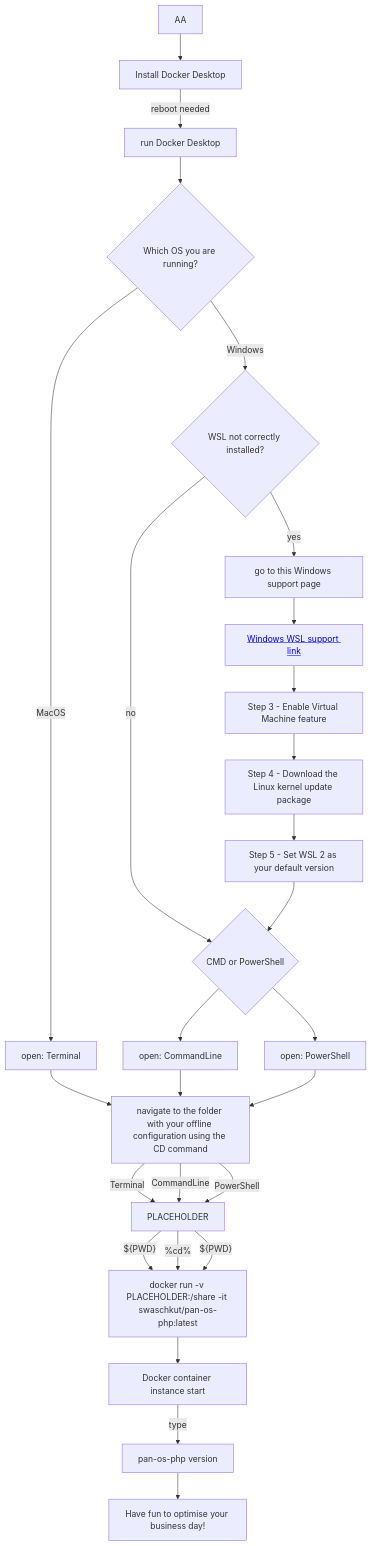
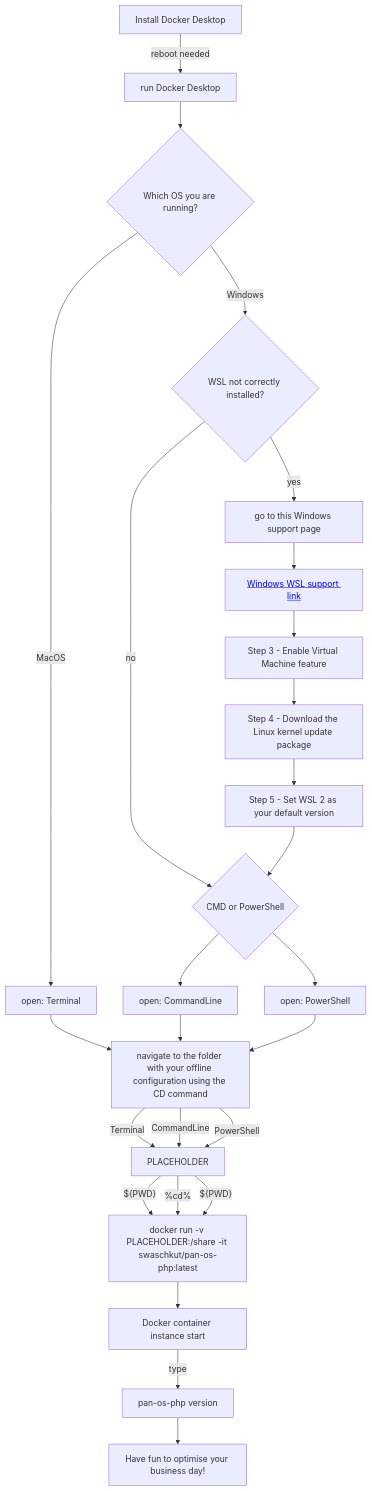
The diagram in READMEdocker.md (PaloAltoNetworks/pan-os-php), drawn with Mermaid before and after one commit.

````diff
--- a/READMEdocker.md
+++ b/READMEdocker.md
@@ -4,58 +4,58 @@
 ```mermaid
 graph TD
     
-    AA --> BB[Install Docker Desktop]
-    BB -->|reboot needed| CC[run Docker Desktop]
+    
+    BB[Install Docker Desktop] -->|reboot needed| CC[run Docker Desktop]
     CC --> CC1[which OS]
     
     CC1{Which OS you are running?} -->|MacOS| B1[open: Terminal]
     CC1{Which OS you are running?} -->|Windows| C1[check Docker]
     
     
     B1 --> Z[navigate to the folder with your offline configuration using the CD command]
     
     Z -->|Terminal| Z1[PLACEHOLDER]
     Z1 -->|"${PWD}"| K1[docker run -v PLACEHOLDER:/share -it swaschkut/pan-os-php:latest]
     
     
    
     
     
  
     
     C1{WSL not correctly installed?} -->|no| C8[continue]
     C1{WSL not correctly installed?} -->|yes| C3[go to this Windows support page]
     
    
     
     C3 --> C4[<a href='https://docs.microsoft.com/en-gb/windows/wsl/install-manual'>Windows WSL support link</a>]
     
     C4 --> C5[Step 3 - Enable Virtual Machine feature]
     C5 --> C6[Step 4 - Download the Linux kernel update package]
     C6 --> C7[Step 5 - Set WSL 2 as your default version]
     
     
     C7 --> C8[continue]
     
     C8{CMD or PowerShell} --> E2[open: CommandLine]
     C8{CMD or PowerShell} --> F2[open: PowerShell]
     
     
     E2 --> Z[navigate to the folder with your offline configuration using the CD command]
     Z -->|CommandLine| Z1[PLACEHOLDER]
     F2 --> Z[navigate to the folder with your offline configuration using the CD command]
     Z -->|PowerShell| Z1[PLACEHOLDER]
     
     Z1 -->|"%cd%"| K1[docker run -v PLACEHOLDER:/share -it swaschkut/pan-os-php:latest]
     Z1 -->|"${PWD}"| K1[docker run -v PLACEHOLDER:/share -it swaschkut/pan-os-php:latest]
     
     
     
  
     
     K1 --> K3[Docker container instance start]
     K3 -->|type| L[pan-os-php version]
 
     
     L --> M[Have fun to optimise your business day!]
 ```
````
